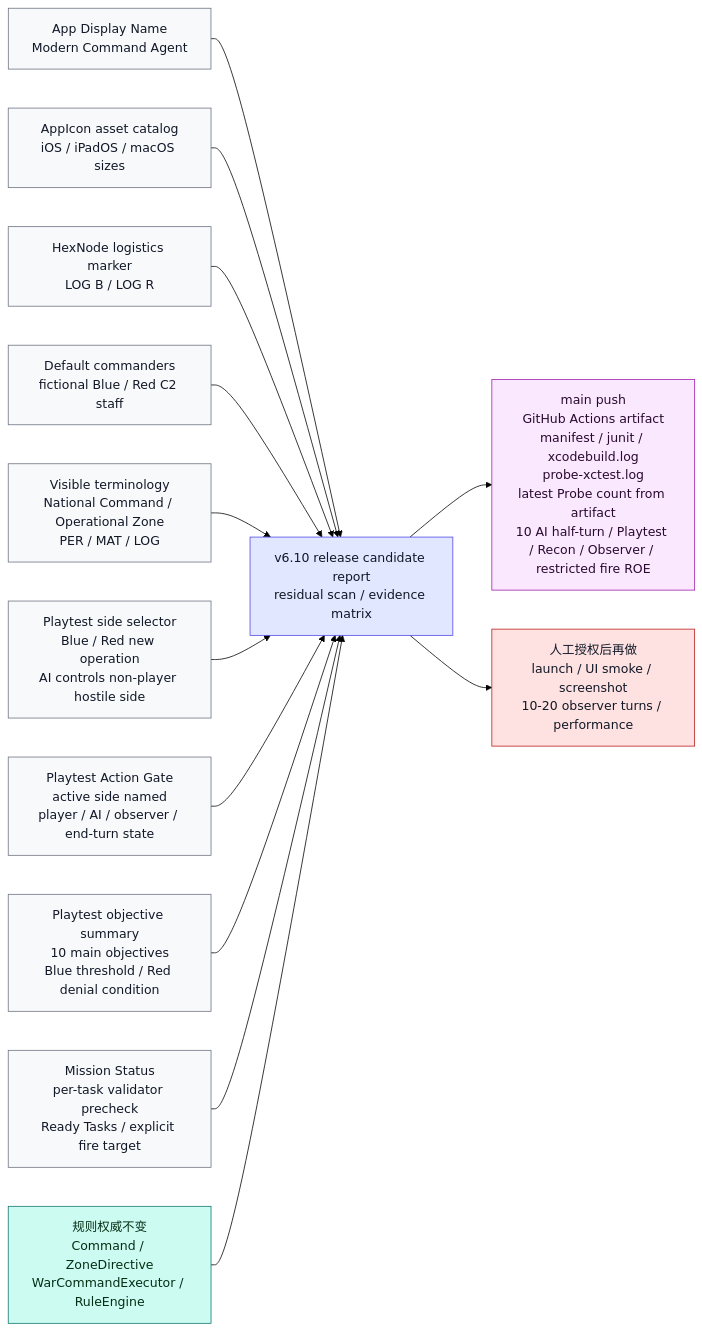
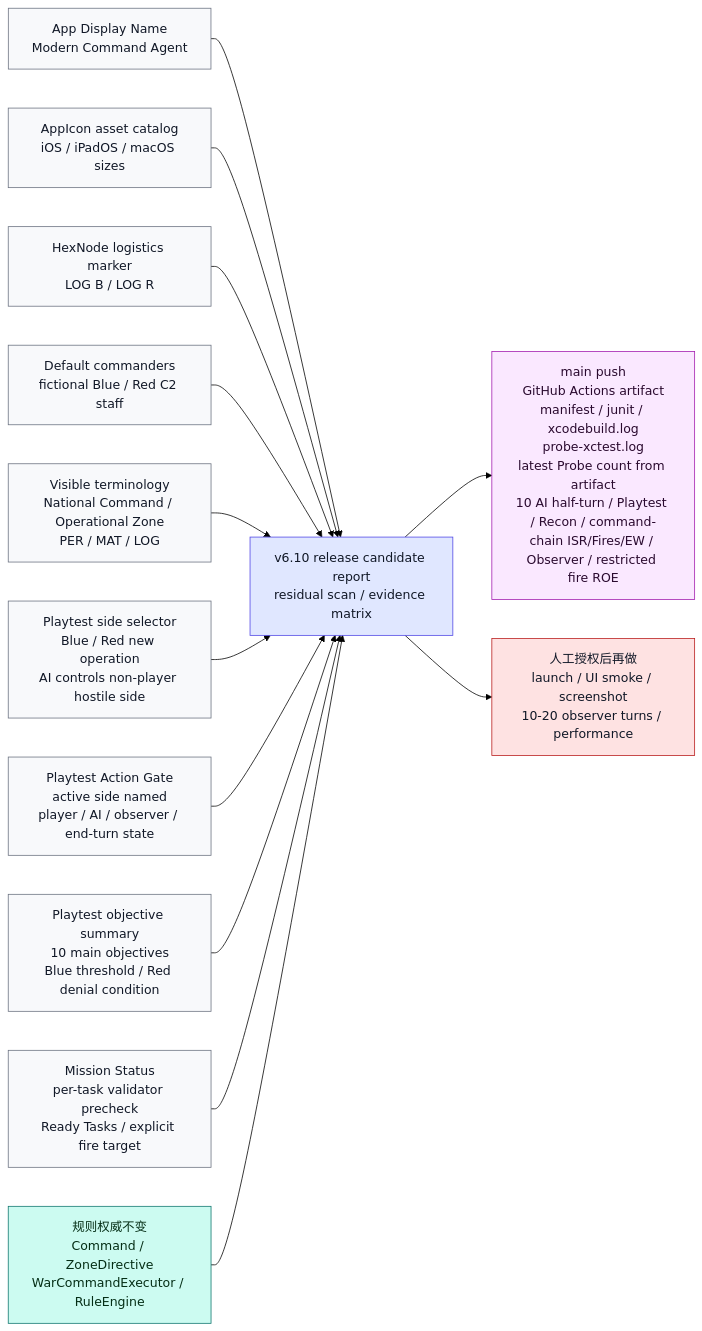
Before and after one commit to Altman-sam114/127: diagram 12 of 20 in md/flow/flowchart.md, drawn with Mermaid (forest theme). The commit also changed other lines of this file and 8 other files, not shown here.

Commit message:
feat: bridge command-chain ew

````diff
--- a/md/flow/flowchart.md
+++ b/md/flow/flowchart.md
@@ -369,35 +369,35 @@
 ```mermaid
 flowchart LR
     DISPLAY["App Display Name<br/>Modern Command Agent"]:::display
     ICON["AppIcon asset catalog<br/>iOS / iPadOS / macOS sizes"]:::display
     MAP["HexNode logistics marker<br/>LOG B / LOG R"]:::display
     COMMANDERS["Default commanders<br/>fictional Blue / Red C2 staff"]:::display
     TERMS["Visible terminology<br/>National Command / Operational Zone<br/>PER / MAT / LOG"]:::display
     REPORT["v6.10 release candidate report<br/>residual scan / evidence matrix"]:::doc
     RULES["规则权威不变<br/>Command / ZoneDirective<br/>WarCommandExecutor / RuleEngine"]:::rules
-    CLOUD["main push<br/>GitHub Actions artifact<br/>manifest / junit / xcodebuild.log<br/>probe-xctest.log<br/>latest Probe count from artifact<br/>10 AI half-turn / Playtest / Recon / Observer / restricted fire ROE"]:::cloud
+    CLOUD["main push<br/>GitHub Actions artifact<br/>manifest / junit / xcodebuild.log<br/>probe-xctest.log<br/>latest Probe count from artifact<br/>10 AI half-turn / Playtest / Recon / command-chain ISR/Fires/EW / Observer / restricted fire ROE"]:::cloud
     SIDE["Playtest side selector<br/>Blue / Red new operation<br/>AI controls non-player hostile side"]:::display
     GATE["Playtest Action Gate<br/>active side named<br/>player / AI / observer / end-turn state"]:::display
     OBJ["Playtest objective summary<br/>10 main objectives<br/>Blue threshold / Red denial condition"]:::display
     MISSION["Mission Status<br/>per-task validator precheck<br/>Ready Tasks / explicit fire target"]:::display
     RUNTIME["人工授权后再做<br/>launch / UI smoke / screenshot<br/>10-20 observer turns / performance"]:::risk
 
     DISPLAY --> REPORT
     ICON --> REPORT
     MAP --> REPORT
     COMMANDERS --> REPORT
     TERMS --> REPORT
     SIDE --> REPORT
     GATE --> REPORT
     OBJ --> REPORT
     MISSION --> REPORT
     RULES --> REPORT
     REPORT --> CLOUD
     REPORT --> RUNTIME
 
     classDef display fill:#f8f9fb,stroke:#6b7280,color:#111827
     classDef doc fill:#e0e7ff,stroke:#4f46e5,color:#111827
     classDef rules fill:#ccfbf1,stroke:#0f766e,color:#052e16
     classDef cloud fill:#fae8ff,stroke:#a21caf,color:#2a0a2f
     classDef risk fill:#fee2e2,stroke:#b91c1c,color:#111827
 ```
````
